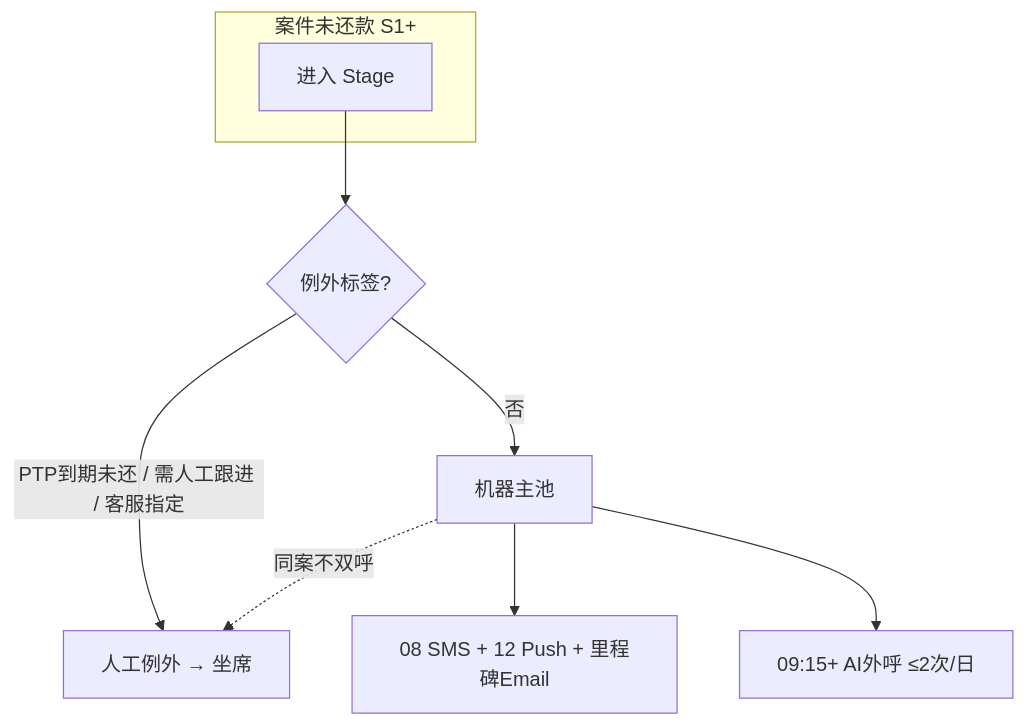
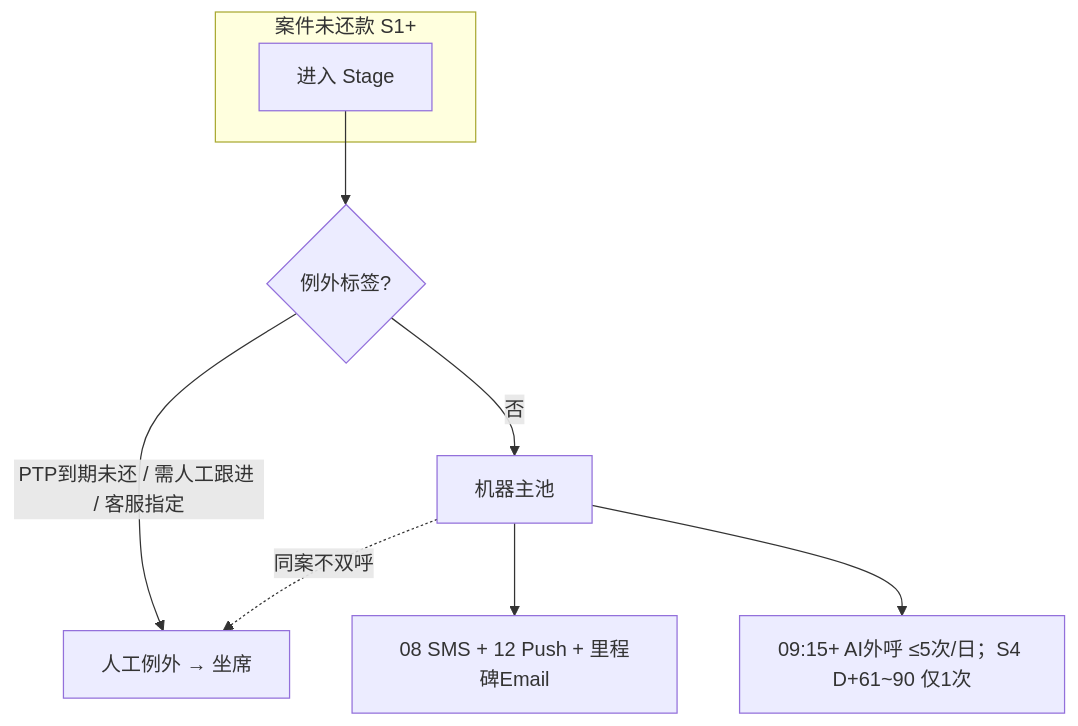
Before and after one commit to katherineliu2102/Intelligent-Collection-V1: the second of 2 diagrams in docs/channel/MOCASA催收系统升级_Phase1_渠道编排规格.md, drawn with Mermaid. The commit also changed other lines of this file and 34 other files, not shown here.

````diff
--- a/docs/channel/MOCASA催收系统升级_Phase1_渠道编排规格.md
+++ b/docs/channel/MOCASA催收系统升级_Phase1_渠道编排规格.md
@@ -655,12 +655,12 @@
 ```mermaid
 flowchart TB
   subgraph entry [案件未还款 S1+]
     E[进入 Stage]
   end
   E --> X{例外标签?}
   X -->|PTP到期未还 / 需人工跟进 / 客服指定| HP[人工例外 → 坐席]
   X -->|否| MP[机器主池]
   MP --> DIG[08 SMS + 12 Push + 里程碑Email]
-  MP --> AI[09:15+ AI外呼 ≤2次/日]
+  MP --> AI[09:15+ AI外呼 ≤5次/日；S4 D+61~90 仅1次]
   MP -.同案不双呼.-> HP
 ```
````
